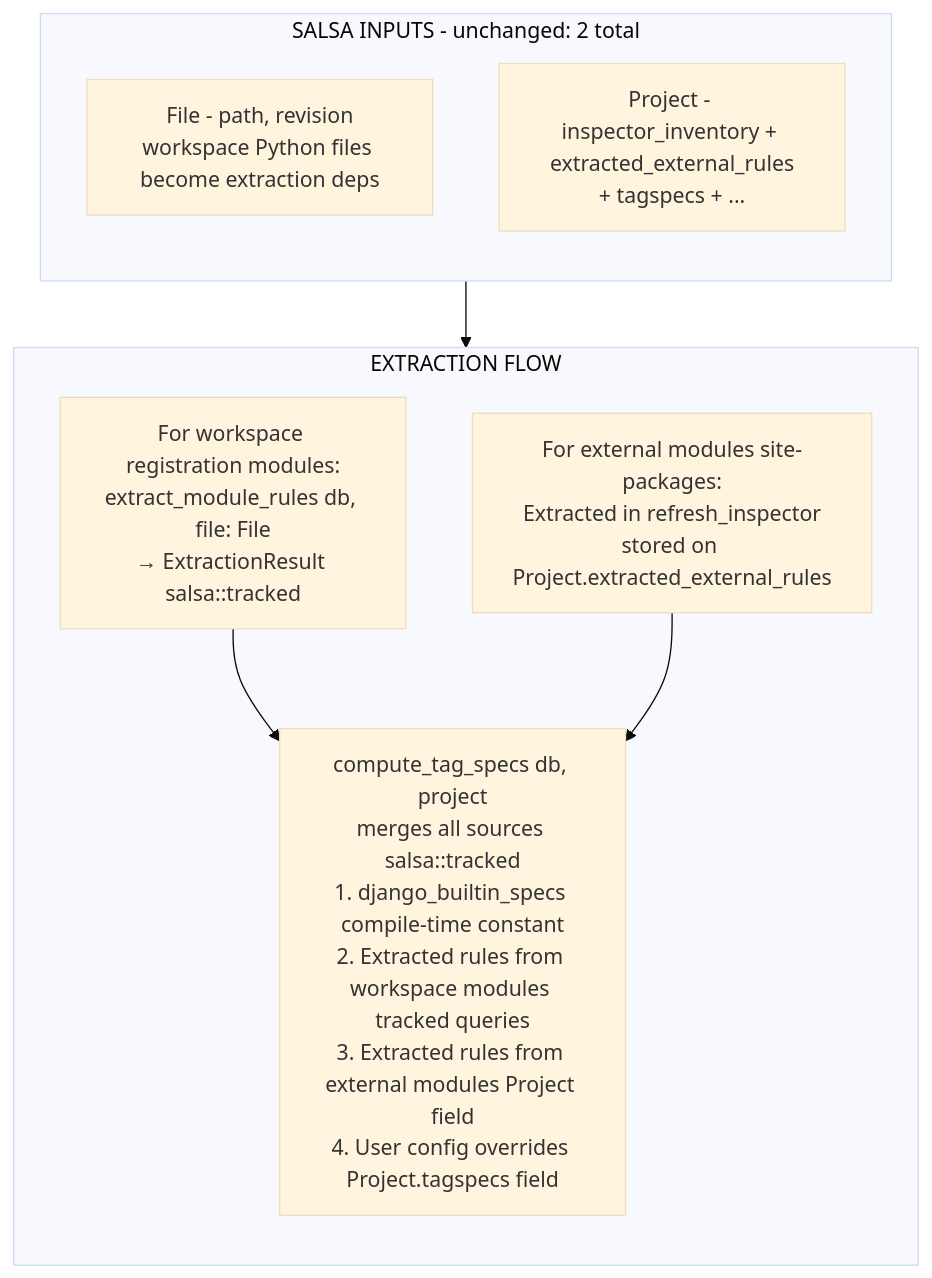
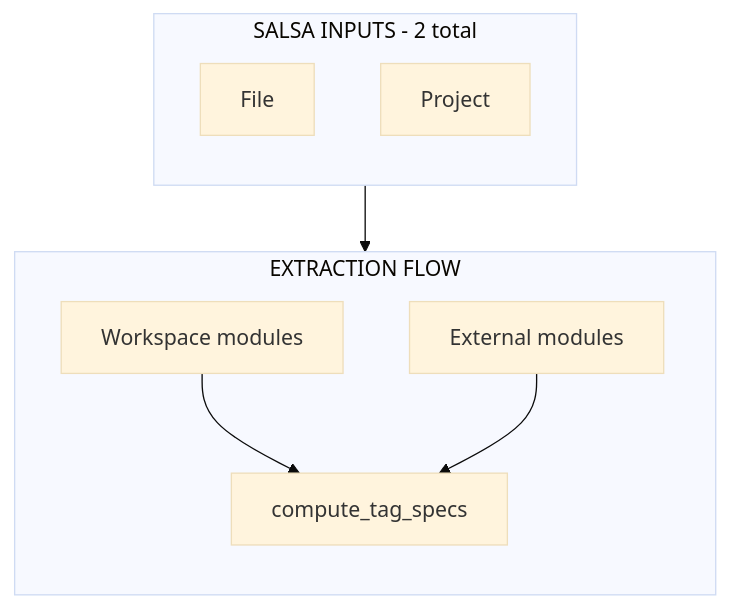
The diagram in .agents/plans/2026-02-05-m5-extraction-engine.md (joshuadavidthomas/django-language-server), drawn with Mermaid (base theme) before and after one commit. The commit also changed other lines of this file and 12 other files, not shown here.

Commit message:
change ASCII diagrams to Mermaid

````diff
--- a/.agents/plans/2026-02-05-m5-extraction-engine.md
+++ b/.agents/plans/2026-02-05-m5-extraction-engine.md
@@ -73,23 +73,21 @@
 ```mermaid
 flowchart TB
-    subgraph Inputs["SALSA INPUTS - unchanged: 2 total"]
+    subgraph Inputs["SALSA INPUTS - 2 total"]
         direction TB
-        File["File - path, revision<br/>workspace Python files become extraction deps"]
-        Project["Project - inspector_inventory + extracted_external_rules<br/>+ tagspecs + ..."]
+        File["File"]
+        Project["Project"]
     end
-
+    
     Inputs --> Flow
-
+    
     subgraph Flow["EXTRACTION FLOW"]
         direction TB
-
-        Workspace["For workspace registration modules:<br/>extract_module_rules db, file: File<br/>→ ExtractionResult salsa::tracked"]
-
-        External["For external modules site-packages:<br/>Extracted in refresh_inspector<br/>stored on Project.extracted_external_rules"]
-
-        Compute["compute_tag_specs db, project<br/>merges all sources salsa::tracked<br/>1. django_builtin_specs compile-time constant<br/>2. Extracted rules from workspace modules tracked queries<br/>3. Extracted rules from external modules Project field<br/>4. User config overrides Project.tagspecs field"]
-
+        
+        Workspace["Workspace modules"]
+        External["External modules"]
+        Compute["compute_tag_specs"]
+        
         Workspace --> Compute
         External --> Compute
     end
 ```
````
